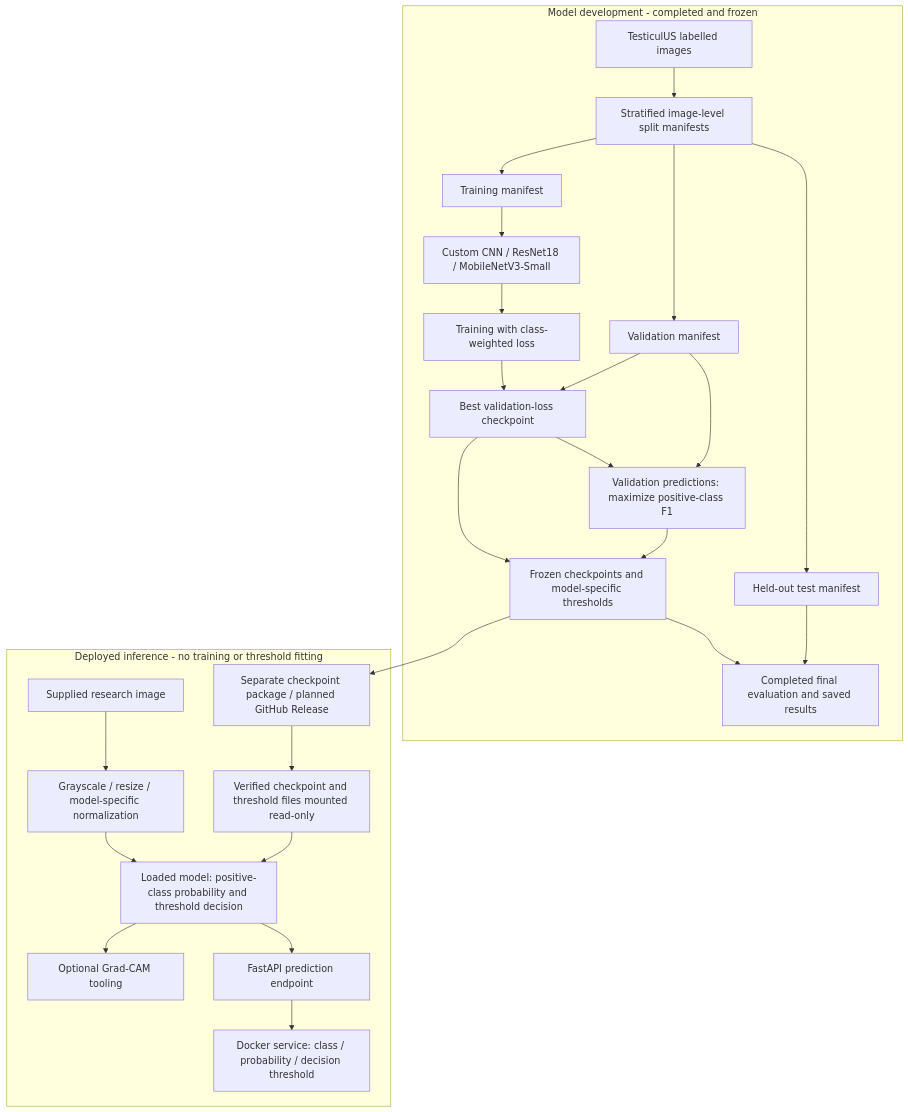
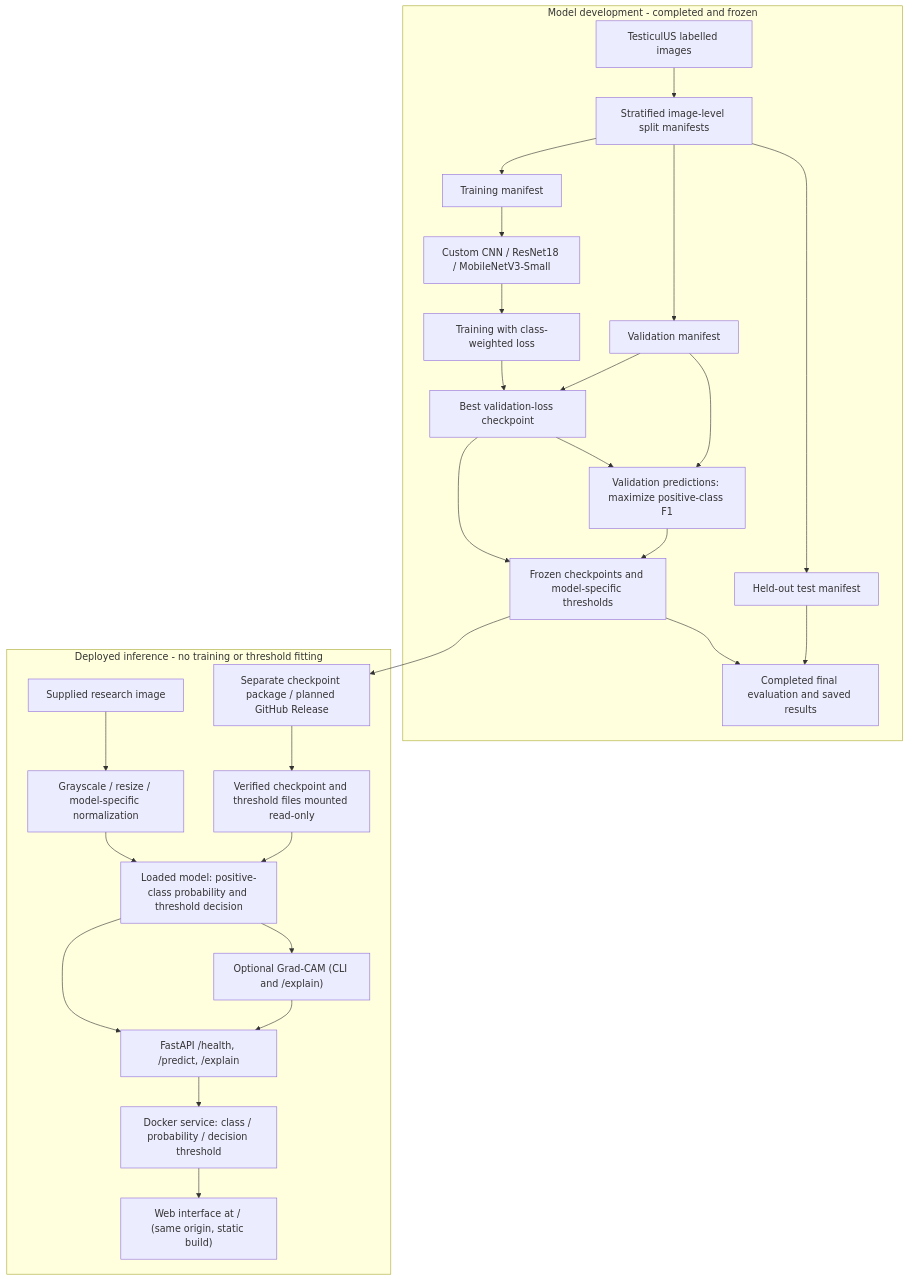
Before and after one commit to mweneh/testiculus-ultrasound-classification: the diagram in README.md, drawn with Mermaid. The commit also changed other lines of this file and 3 other files, not shown here.

First line of the commit message:
docs: document web interface, demo workflow and verification

````diff
--- a/README.md
+++ b/README.md
@@ -38,31 +41,33 @@
 ```mermaid
 flowchart TB
   subgraph development [Model development - completed and frozen]
     dataset["TesticulUS labelled images"] --> manifests["Stratified image-level split manifests"]
     manifests --> train["Training manifest"]
     manifests --> val["Validation manifest"]
     manifests --> test["Held-out test manifest"]
     train --> models["Custom CNN / ResNet18 / MobileNetV3-Small"]
     models --> fitting["Training with class-weighted loss"]
     fitting --> selection["Best validation-loss checkpoint"]
     val --> selection
     selection --> thresholds["Validation predictions: maximize positive-class F1"]
     val --> thresholds
     selection --> frozen["Frozen checkpoints and model-specific thresholds"]
     thresholds --> frozen
     frozen --> evaluation["Completed final evaluation and saved results"]
     test --> evaluation
   end
   subgraph deployment [Deployed inference - no training or threshold fitting]
     distribution["Separate checkpoint package / planned GitHub Release"]
     mounted["Verified checkpoint and threshold files mounted read-only"]
     image["Supplied research image"] --> preprocess["Grayscale / resize / model-specific normalization"]
     preprocess --> inference["Loaded model: positive-class probability and threshold decision"]
     mounted --> inference
-    inference --> cam["Optional Grad-CAM tooling"]
-    inference --> api["FastAPI prediction endpoint"]
+    inference --> cam["Optional Grad-CAM (CLI and /explain)"]
+    inference --> api["FastAPI /health, /predict, /explain"]
+    cam --> api
     api --> docker["Docker service: class / probability / decision threshold"]
+    docker --> web["Web interface at / (same origin, static build)"]
     distribution --> mounted
   end
   frozen --> distribution
 ```
````
